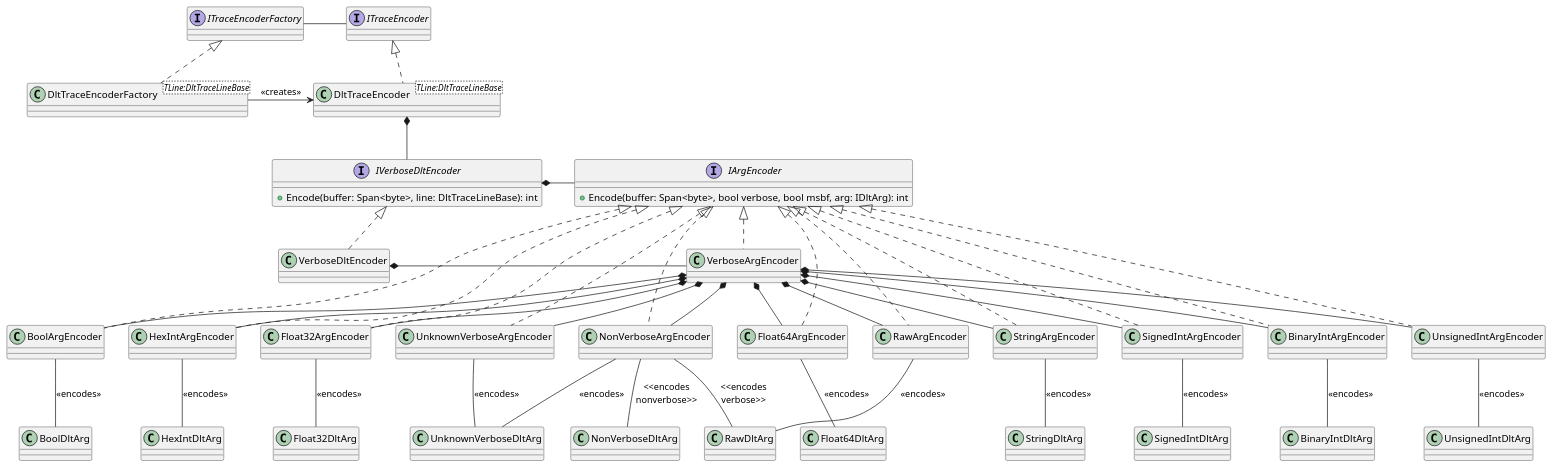
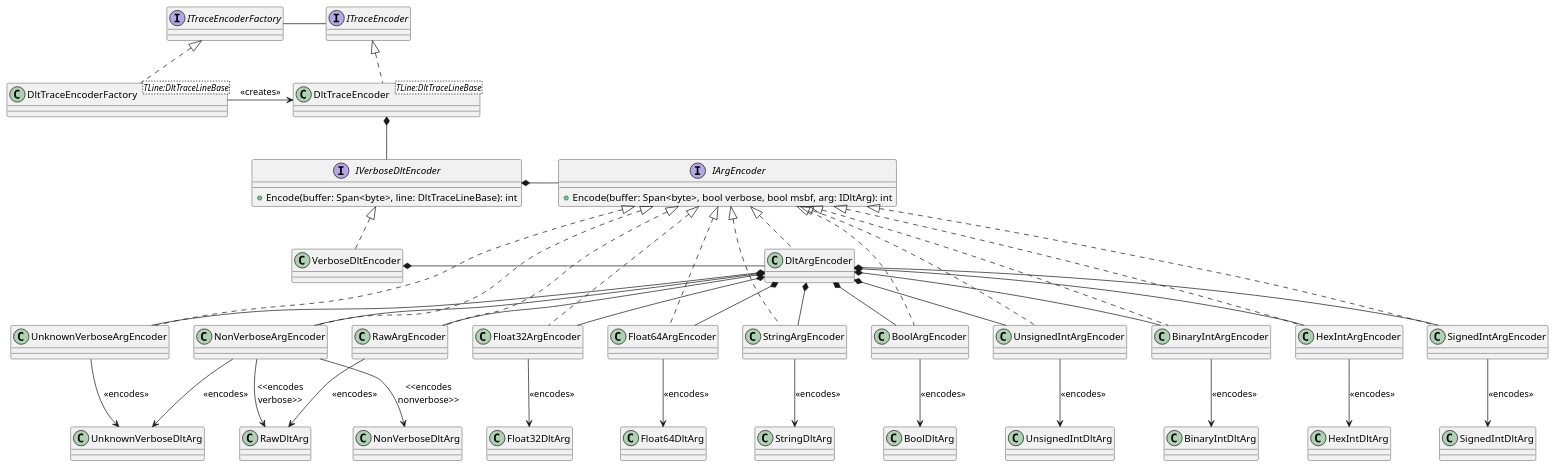
The diagram in TraceReader.Dlt/docs/diagrams/Dlt.WriterEncoder.plantuml (jcurl/RJCP.DLL.Log), drawn with PlantUML before and after one commit. The commit also changed 16 other files, not shown here.

First line of the commit message:
DLT Writer: Provide general encoder for all supported argument types

```diff
--- a/TraceReader.Dlt/docs/diagrams/Dlt.WriterEncoder.plantuml
+++ b/TraceReader.Dlt/docs/diagrams/Dlt.WriterEncoder.plantuml
@@ -1,80 +1,84 @@
 @startuml DLT.WriterEncoder
 interface ITraceEncoder
 interface ITraceEncoderFactory
 
 ITraceEncoderFactory -r- ITraceEncoder
 
 class DltTraceEncoderFactory<TLine:DltTraceLineBase>
 ITraceEncoderFactory <|.d. DltTraceEncoderFactory
 
 class DltTraceEncoder<TLine:DltTraceLineBase>
 ITraceEncoder <|.d. DltTraceEncoder
 
 DltTraceEncoderFactory -r-> DltTraceEncoder : <<creates>>
 
 interface IVerboseDltEncoder {
     +Encode(buffer: Span<byte>, line: DltTraceLineBase): int
 }
 class VerboseDltEncoder
 IVerboseDltEncoder <|.d. VerboseDltEncoder
 
 interface IArgEncoder {
     +Encode(buffer: Span<byte>, bool verbose, bool msbf, arg: IDltArg): int
 }
-class VerboseArgEncoder
-IArgEncoder <|.d. VerboseArgEncoder
+class DltArgEncoder
+IArgEncoder <|.d. DltArgEncoder
 
 IVerboseDltEncoder *-r- IArgEncoder
-VerboseDltEncoder *-r- VerboseArgEncoder
+VerboseDltEncoder *-r- DltArgEncoder
 
-class BinaryIntArgEncoder
-class HexIntArgEncoder
-class SignedIntArgEncoder
-class UnsignedIntArgEncoder
 class BoolArgEncoder
-class Float32ArgEncoder
-class Float64ArgEncoder
+together {
+  class BinaryIntArgEncoder
+  class HexIntArgEncoder
+  class SignedIntArgEncoder
+  class UnsignedIntArgEncoder
+}
+together {
+  class Float32ArgEncoder
+  class Float64ArgEncoder
+}
+class StringArgEncoder
 class RawArgEncoder
-class StringArgEncoder
 class NonVerboseArgEncoder
 class UnknownVerboseArgEncoder
 IArgEncoder <|..d. BinaryIntArgEncoder
 IArgEncoder <|..d. HexIntArgEncoder
 IArgEncoder <|..d. SignedIntArgEncoder
 IArgEncoder <|..d. UnsignedIntArgEncoder
 IArgEncoder <|..d. BoolArgEncoder
 IArgEncoder <|..d. Float32ArgEncoder
 IArgEncoder <|..d. Float64ArgEncoder
 IArgEncoder <|..d. RawArgEncoder
 IArgEncoder <|..d. StringArgEncoder
 IArgEncoder <|..d. NonVerboseArgEncoder
 IArgEncoder <|..d. UnknownVerboseArgEncoder
 
-VerboseArgEncoder *-d- BinaryIntArgEncoder
-VerboseArgEncoder *-d- HexIntArgEncoder
-VerboseArgEncoder *-d- SignedIntArgEncoder
-VerboseArgEncoder *-d- UnsignedIntArgEncoder
-VerboseArgEncoder *-d- BoolArgEncoder
-VerboseArgEncoder *-d- Float32ArgEncoder
-VerboseArgEncoder *-d- Float64ArgEncoder
-VerboseArgEncoder *-d- RawArgEncoder
-VerboseArgEncoder *-d- StringArgEncoder
-VerboseArgEncoder *-d- NonVerboseArgEncoder
-VerboseArgEncoder *-d- UnknownVerboseArgEncoder
+DltArgEncoder *-d- BinaryIntArgEncoder
+DltArgEncoder *-d- HexIntArgEncoder
+DltArgEncoder *-d- SignedIntArgEncoder
+DltArgEncoder *-d- UnsignedIntArgEncoder
+DltArgEncoder *-d- BoolArgEncoder
+DltArgEncoder *-d- Float32ArgEncoder
+DltArgEncoder *-d- Float64ArgEncoder
+DltArgEncoder *-d- RawArgEncoder
+DltArgEncoder *-d- StringArgEncoder
+DltArgEncoder *-d- NonVerboseArgEncoder
+DltArgEncoder *-d- UnknownVerboseArgEncoder
 
 DltTraceEncoder *-d- IVerboseDltEncoder
 
-BinaryIntArgEncoder -d- BinaryIntDltArg : <<encodes>>
-HexIntArgEncoder -d- HexIntDltArg : <<encodes>>
-SignedIntArgEncoder -d- SignedIntDltArg : <<encodes>>
-UnsignedIntArgEncoder -d- UnsignedIntDltArg : <<encodes>>
-BoolArgEncoder -d- BoolDltArg : <<encodes>>
-Float32ArgEncoder -d- Float32DltArg : <<encodes>>
-Float64ArgEncoder -d- Float64DltArg : <<encodes>>
-StringArgEncoder -d- StringDltArg : <<encodes>>
-RawArgEncoder -d- RawDltArg : <<encodes>>
-NonVerboseArgEncoder -d- RawDltArg : <<encodes\nverbose>>
-NonVerboseArgEncoder -d- NonVerboseDltArg : <<encodes\nnonverbose>>
-NonVerboseArgEncoder -d- UnknownVerboseDltArg : <<encodes>>
-UnknownVerboseArgEncoder -d- UnknownVerboseDltArg : <<encodes>>
+BinaryIntArgEncoder -d-> BinaryIntDltArg : <<encodes>>
+HexIntArgEncoder -d-> HexIntDltArg : <<encodes>>
+SignedIntArgEncoder -d-> SignedIntDltArg : <<encodes>>
+UnsignedIntArgEncoder -d-> UnsignedIntDltArg : <<encodes>>
+BoolArgEncoder -d-> BoolDltArg : <<encodes>>
+Float32ArgEncoder -d-> Float32DltArg : <<encodes>>
+Float64ArgEncoder -d-> Float64DltArg : <<encodes>>
+StringArgEncoder -d-> StringDltArg : <<encodes>>
+RawArgEncoder -d-> RawDltArg : <<encodes>>
+NonVerboseArgEncoder -d-> RawDltArg : <<encodes\nverbose>>
+NonVerboseArgEncoder -d-> NonVerboseDltArg : <<encodes\nnonverbose>>
+NonVerboseArgEncoder -d-> UnknownVerboseDltArg : <<encodes>>
+UnknownVerboseArgEncoder -d-> UnknownVerboseDltArg : <<encodes>>
 @enduml
```
